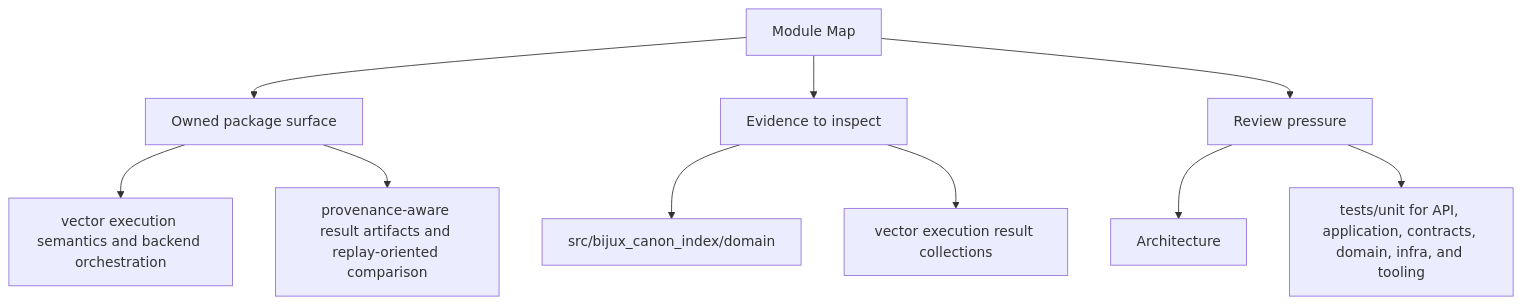
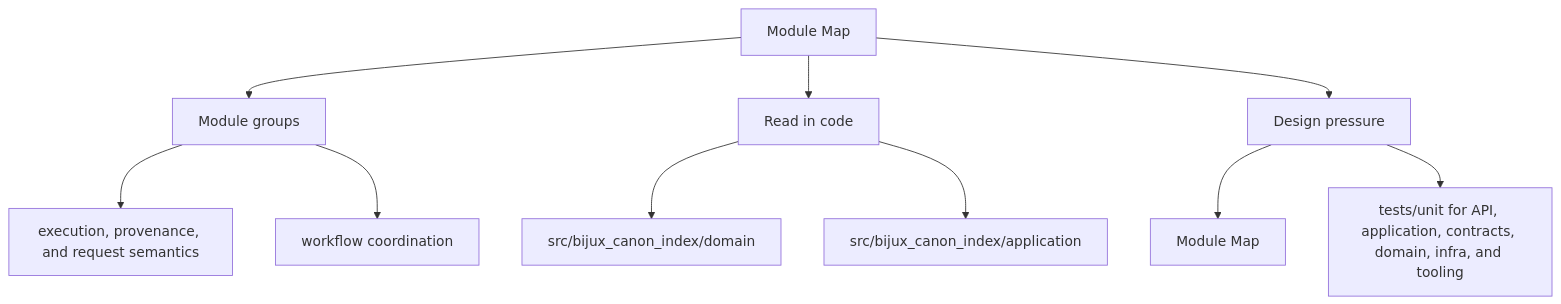
The second of 2 diagrams in docs/bijux-canon-index/architecture/module-map.md (bijux/bijux-canon), drawn with Mermaid before and after one commit. The commit also changed other lines of this file and 250 other files, not shown here.

Commit message:
docs(diagrams): make product page maps more readable

````diff
--- a/docs/bijux-canon-index/architecture/module-map.md
+++ b/docs/bijux-canon-index/architecture/module-map.md
@@ -35,22 +35,22 @@
 ```mermaid
 flowchart TD
     page["Module Map"]
-    focus1["Owned package surface"]
+    focus1["Module groups"]
     page --> focus1
-    focus1_1["vector execution semantics and backend orchestration"]
+    focus1_1["execution, provenance, and request semantics"]
     focus1 --> focus1_1
-    focus1_2["provenance-aware result artifacts and replay-oriented comparison"]
+    focus1_2["workflow coordination"]
     focus1 --> focus1_2
-    focus2["Evidence to inspect"]
+    focus2["Read in code"]
     page --> focus2
     focus2_1["src/bijux_canon_index/domain"]
     focus2 --> focus2_1
-    focus2_2["vector execution result collections"]
+    focus2_2["src/bijux_canon_index/application"]
     focus2 --> focus2_2
-    focus3["Review pressure"]
+    focus3["Design pressure"]
     page --> focus3
-    focus3_1["Architecture"]
+    focus3_1["Module Map"]
     focus3 --> focus3_1
     focus3_2["tests/unit for API, application, contracts, domain, infra, and tooling"]
     focus3 --> focus3_2
 ```
````
